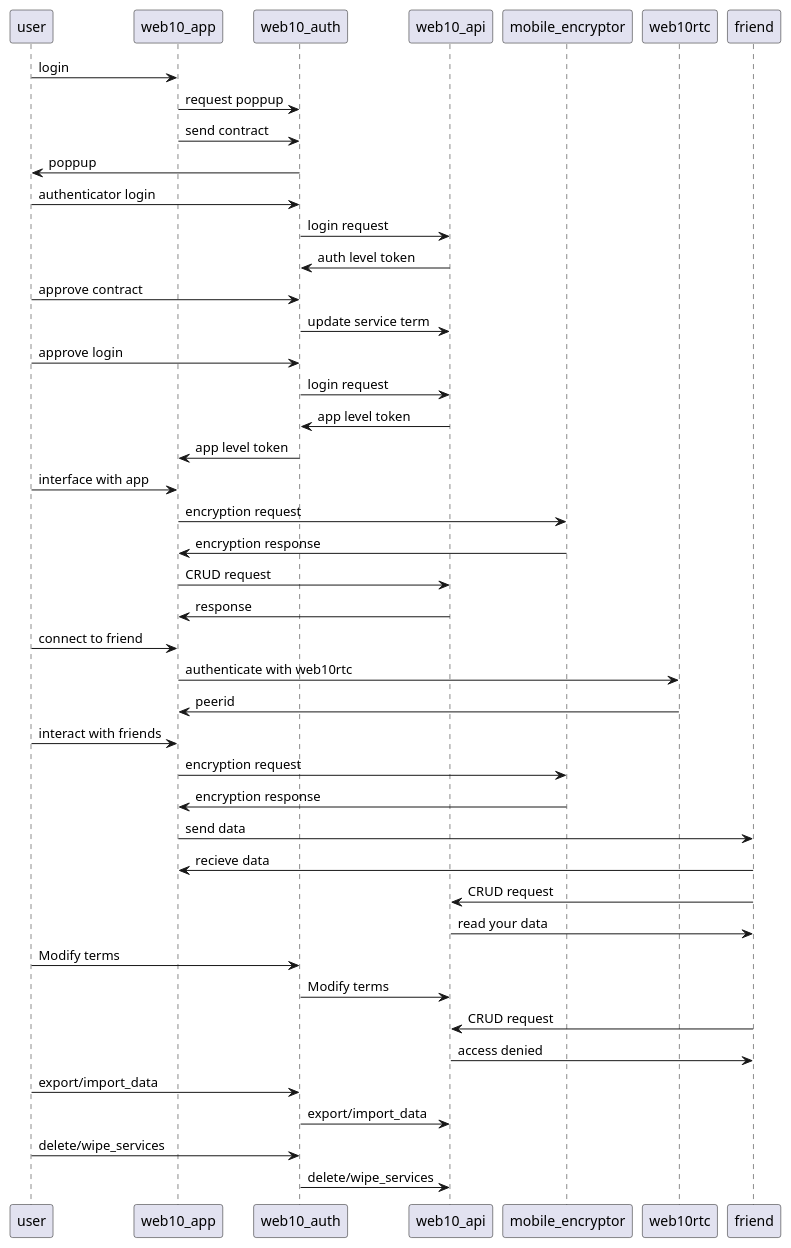
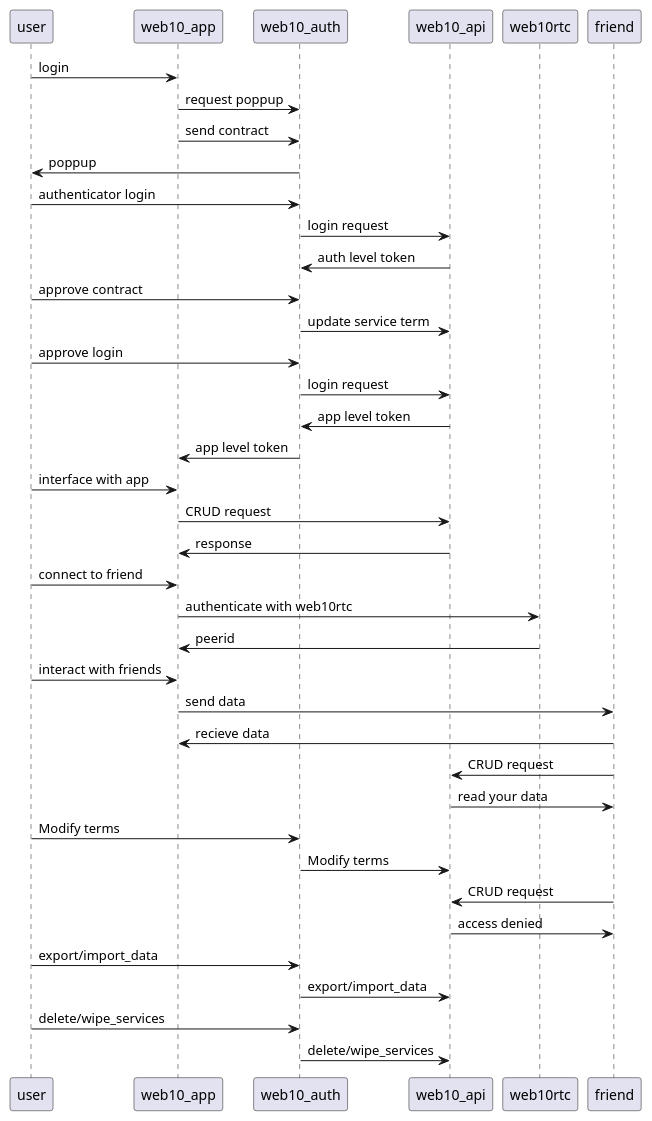
Before and after one commit to jacoby149/web10: the diagram in sdk/figures/interactions.puml, drawn with PlantUML. The commit also changed 46 other files, not shown here.

```diff
--- a/sdk/figures/interactions.puml
+++ b/sdk/figures/interactions.puml
@@ -1,39 +1,35 @@
 @startuml
 user-> web10_app : login
 web10_app->web10_auth:request poppup
 web10_app->web10_auth:send contract
 web10_auth->user:poppup
 user->web10_auth: authenticator login
 web10_auth -> web10_api : login request
 web10_api -> web10_auth : auth level token
 user->web10_auth : approve contract
 web10_auth -> web10_api : update service term
 user-> web10_auth : approve login
 web10_auth -> web10_api : login request
 web10_api -> web10_auth : app level token
 web10_auth -> web10_app : app level token
 user-> web10_app : interface with app
-web10_app-> mobile_encryptor : encryption request
-mobile_encryptor->web10_app : encryption response
 web10_app -> web10_api : CRUD request
 web10_api -> web10_app : response
 user -> web10_app : connect to friend
 web10_app -> web10rtc : authenticate with web10rtc
 web10rtc -> web10_app : peerid
 user -> web10_app : interact with friends
-web10_app-> mobile_encryptor : encryption request
-mobile_encryptor->web10_app : encryption response
 web10_app -> friend : send data
 friend -> web10_app : recieve data
 friend -> web10_api : CRUD request
 web10_api -> friend : read your data
 user -> web10_auth : Modify terms
 web10_auth-> web10_api : Modify terms
 friend -> web10_api : CRUD request
 web10_api -> friend : access denied
 user -> web10_auth : export/import_data
 web10_auth -> web10_api : export/import_data
 user -> web10_auth : delete/wipe_services
 web10_auth -> web10_api : delete/wipe_services
 
 @enduml
```
